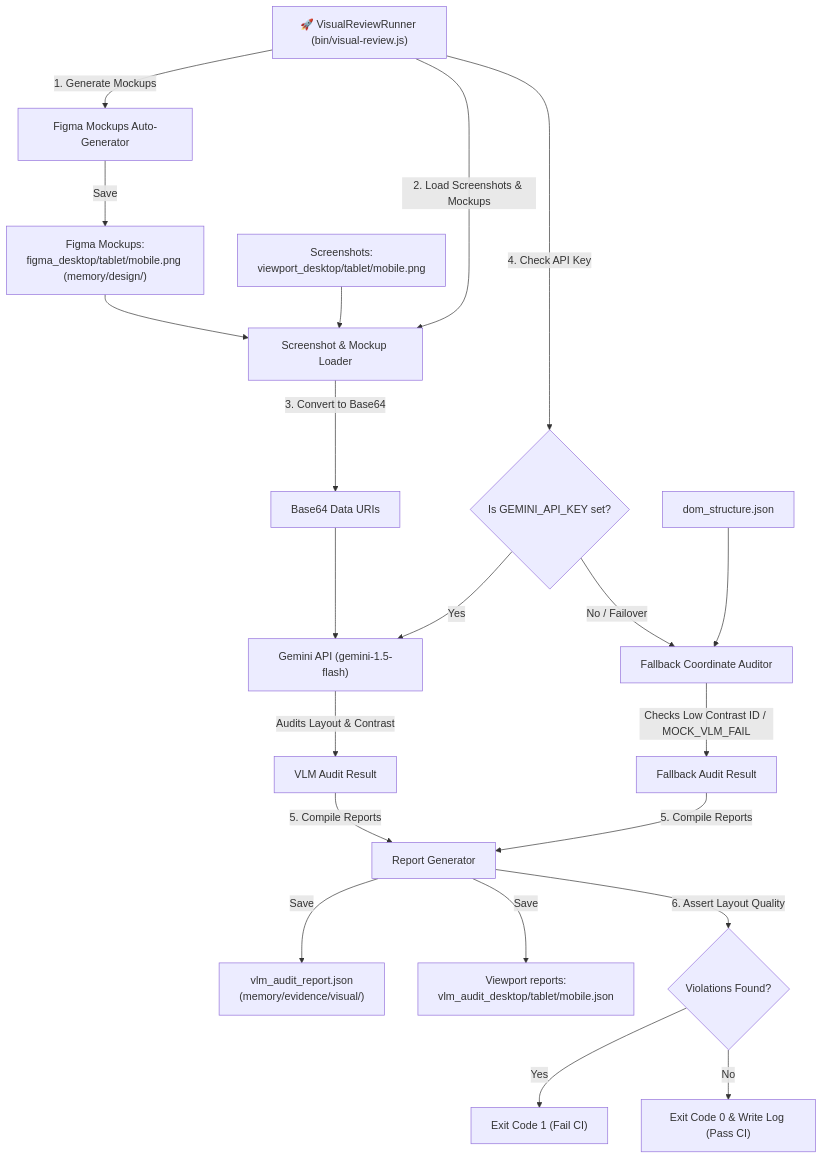
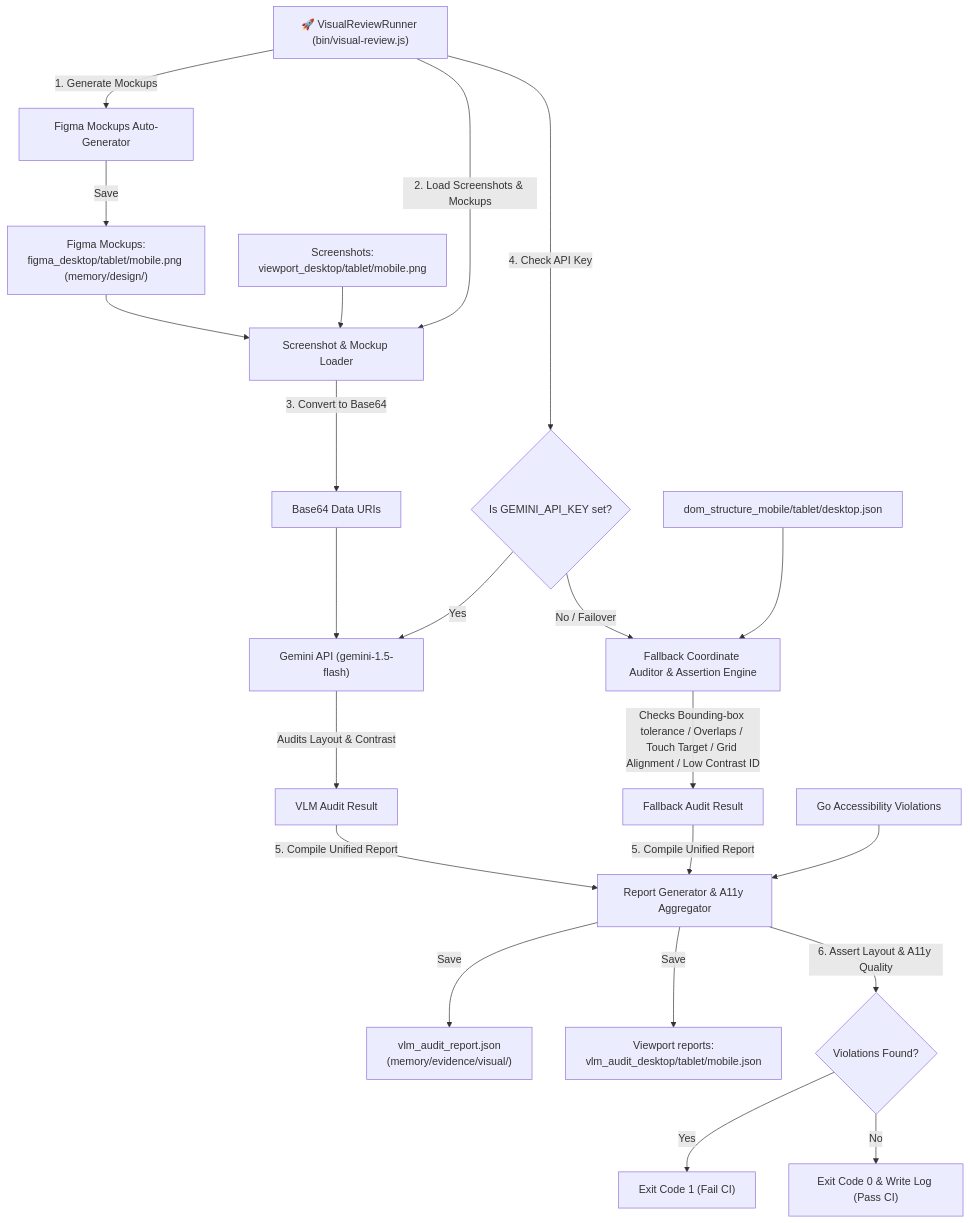
One commit to VINYASGM/antiskills changed the third of 3 diagrams in Architecture.md. Above: the diagram before and after it, drawn with Mermaid. The commit also changed other lines of this file and 19 other files, not shown here.

````diff
--- a/Architecture.md
+++ b/Architecture.md
@@ -176,29 +177,30 @@
 ```mermaid
 flowchart TD
     RUN["🚀 VisualReviewRunner (bin/visual-review.js)"] -->|1. Generate Mockups| MOCK_GEN["Figma Mockups Auto-Generator"]
     MOCK_GEN -->|Save| FIGMA_PNG["Figma Mockups:<br>figma_desktop/tablet/mobile.png (memory/design/)"]
     
     RUN -->|2. Load Screenshots & Mockups| LOAD_ASSETS["Screenshot & Mockup Loader"]
     SCREENSHOTS["Screenshots:<br>viewport_desktop/tablet/mobile.png"] --> LOAD_ASSETS
     FIGMA_PNG --> LOAD_ASSETS
     
     LOAD_ASSETS -->|3. Convert to Base64| BASE64["Base64 Data URIs"]
     
     RUN -->|4. Check API Key| KEY_CHECK{Is GEMINI_API_KEY set?}
     
     KEY_CHECK -->|Yes| GEMINI_VLM["Gemini API (gemini-1.5-flash)"]
     BASE64 --> GEMINI_VLM
     GEMINI_VLM -->|Audits Layout & Contrast| VLM_RESULT[VLM Audit Result]
     
-    KEY_CHECK -->|No / Failover| FALLBACK["Fallback Coordinate Auditor"]
-    DOM["dom_structure.json"] --> FALLBACK
-    FALLBACK -->|Checks Low Contrast ID / MOCK_VLM_FAIL| FALLBACK_RESULT[Fallback Audit Result]
+    KEY_CHECK -->|No / Failover| FALLBACK["Fallback Coordinate Auditor & Assertion Engine"]
+    DOM["dom_structure_mobile/tablet/desktop.json"] --> FALLBACK
+    FALLBACK -->|Checks Bounding-box tolerance / Overlaps / Touch Target / Grid Alignment / Low Contrast ID| FALLBACK_RESULT[Fallback Audit Result]
     
-    VLM_RESULT & FALLBACK_RESULT -->|5. Compile Reports| REPORTS["Report Generator"]
+    VLM_RESULT & FALLBACK_RESULT -->|5. Compile Unified Report| REPORTS["Report Generator & A11y Aggregator"]
+    GO_A11Y["Go Accessibility Violations"] --> REPORTS
     REPORTS -->|Save| SUMMARY_JSON["vlm_audit_report.json<br>(memory/evidence/visual/)"]
     REPORTS -->|Save| VIEWPORT_JSON["Viewport reports:<br>vlm_audit_desktop/tablet/mobile.json"]
     
-    REPORTS -->|6. Assert Layout Quality| ASSERT{Violations Found?}
+    REPORTS -->|6. Assert Layout & A11y Quality| ASSERT{Violations Found?}
     ASSERT -->|Yes| EXIT_1["Exit Code 1 (Fail CI)"]
     ASSERT -->|No| EXIT_0["Exit Code 0 & Write Log (Pass CI)"]
 ```
````
